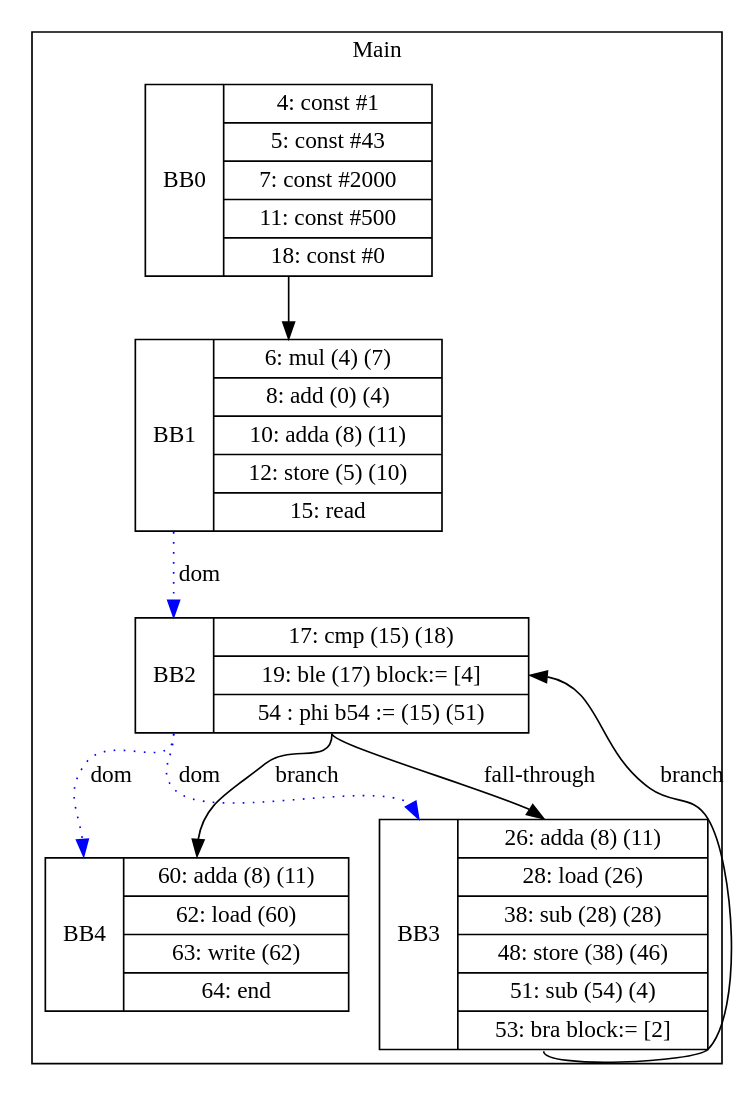
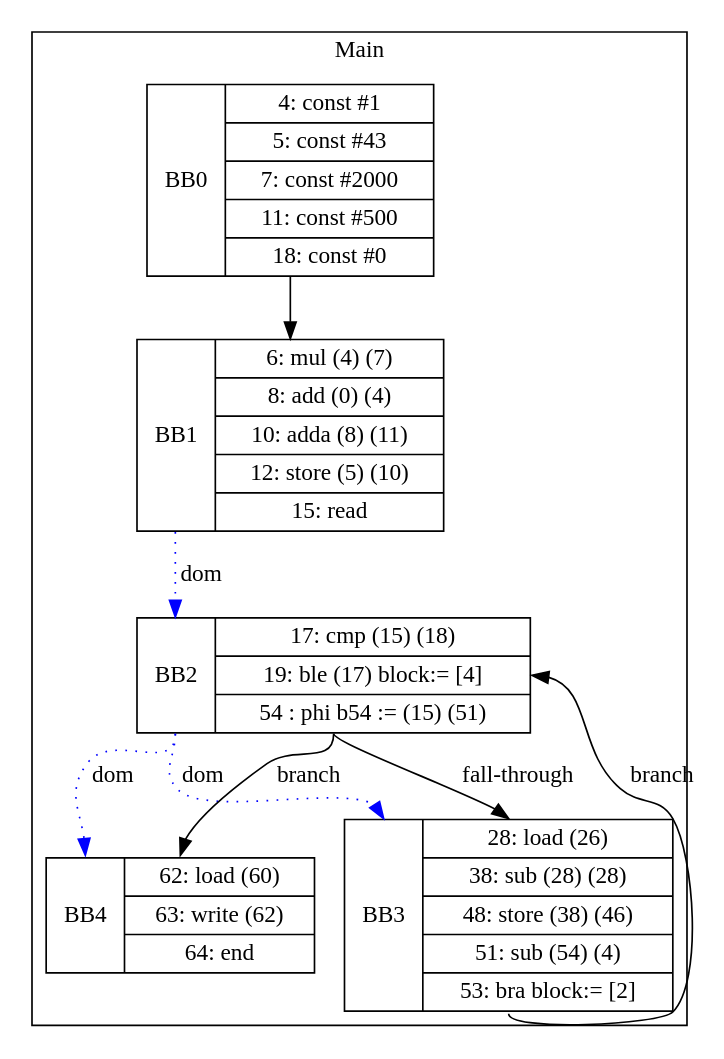
The diagram in visualization/Simon/array_cse_while.gv (zjc664656505/UCI-CS241-Advanced-Compiler-main), drawn with Graphviz before and after one commit. The commit also changed 12 other files, not shown here.

```diff
--- a/visualization/Simon/array_cse_while.gv
+++ b/visualization/Simon/array_cse_while.gv
@@ -1,18 +1,18 @@
 digraph G {
 node [shape=record];
 subgraph cluster_main{
 label = "Main";
 BB0 [shape=record, label="<b>BB0|{4: const #1|5: const #43|7: const #2000|11: const #500|18: const #0}"];
 BB1 [shape=record, label="<b>BB1|{6: mul (4) (7)|8: add (0) (4)|10: adda (8) (11)|12: store (5) (10)|15: read}"];
 BB2 [shape=record, label="<b>BB2|{17: cmp (15) (18)|19: ble (17) block:= [4]|54 : phi b54 := (15) (51)}"];
-BB3 [shape=record, label="<b>BB3|{26: adda (8) (11)|28: load (26)|38: sub (28) (28)|48: store (38) (46)|51: sub (54) (4)|53: bra block:= [2]}"];
-BB4 [shape=record, label="<b>BB4|{60: adda (8) (11)|62: load (60)|63: write (62)|64: end}"];
+BB3 [shape=record, label="<b>BB3|{28: load (26)|38: sub (28) (28)|48: store (38) (46)|51: sub (54) (4)|53: bra block:= [2]}"];
+BB4 [shape=record, label="<b>BB4|{62: load (60)|63: write (62)|64: end}"];
 }
 BB0:s -> BB1:n ;
 BB2:b -> BB3:b [color=blue, style=dotted, label="dom"];
 BB2:b -> BB4:b [color=blue, style=dotted, label="dom"];
 BB1:b -> BB2:b [color=blue, style=dotted, label="dom"];
 BB2:s -> BB4:n [label="branch"];
 BB3:s -> BB2:e [label="branch"];
 BB2:s -> BB3:n [label="fall-through"];
 }
```
